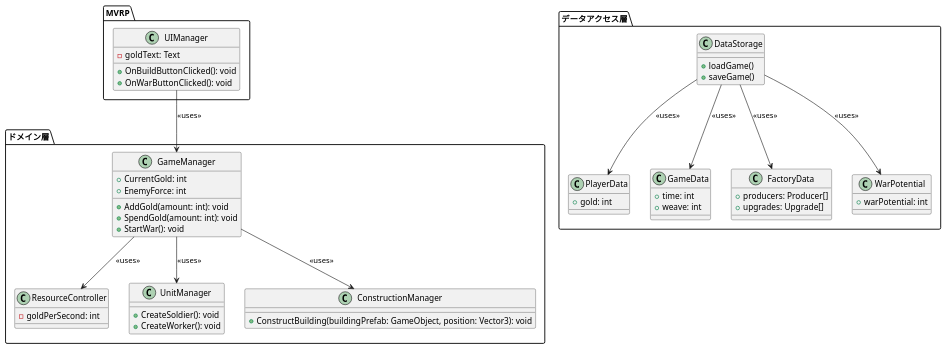
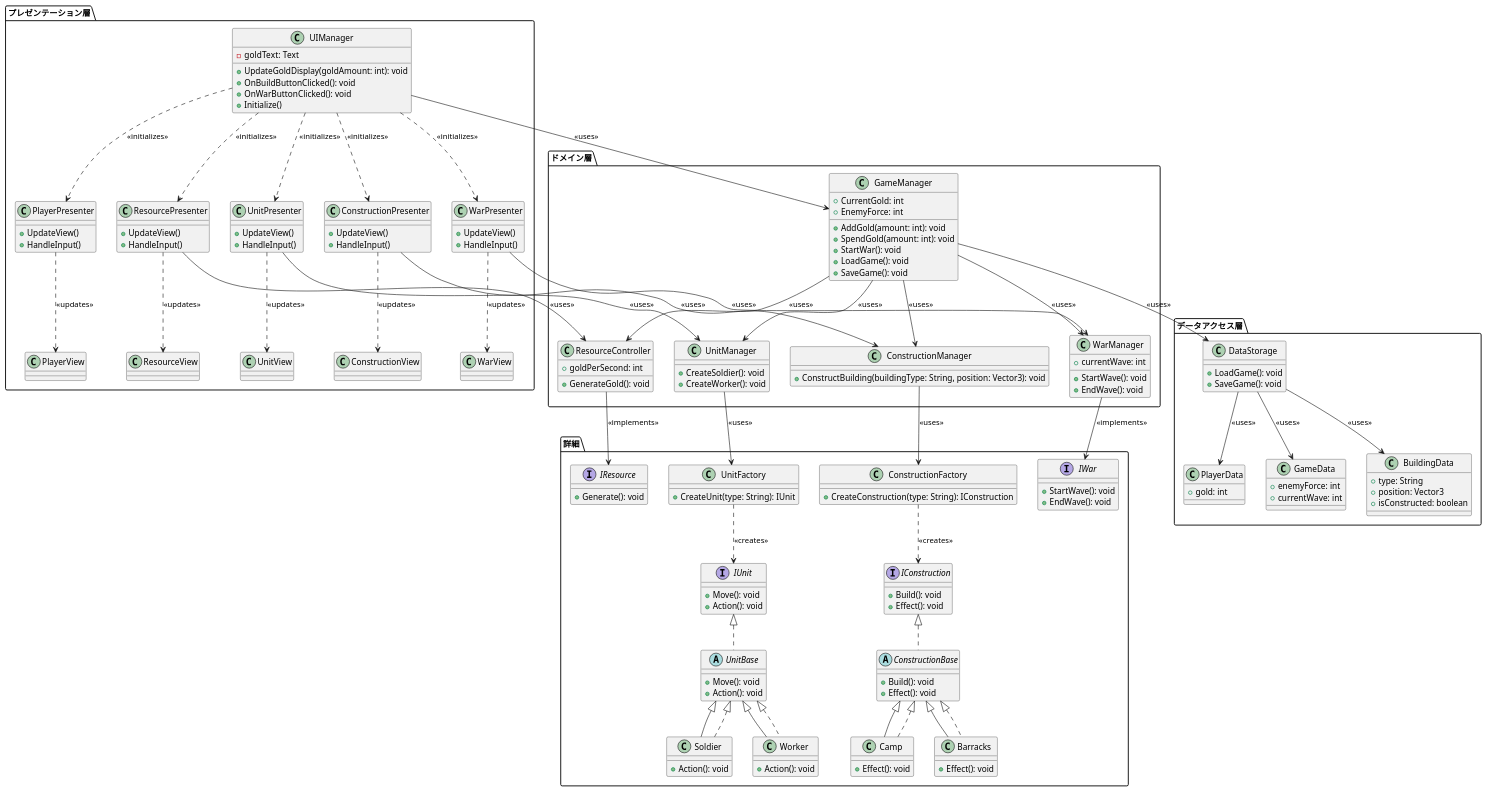
The diagram in Assets/CookieClickerProject/Design/ClassTree/RTS SLG.puml (VGA-Team2024/TeamW), drawn with PlantUML before and after one commit.

Commit message:
[Update] 設計の見直し

```diff
--- a/Assets/CookieClickerProject/Design/ClassTree/RTS SLG.puml
+++ b/Assets/CookieClickerProject/Design/ClassTree/RTS SLG.puml
@@ -6,10 +6,13 @@
         +AddGold(amount: int): void
         +SpendGold(amount: int): void
         +StartWar(): void
+        +LoadGame(): void
+        +SaveGame(): void
     }
     
     class ResourceController {
-        -goldPerSecond: int
+        +goldPerSecond: int
+        +GenerateGold(): void
     }
     
     class UnitManager {
@@ -18,49 +21,181 @@
     }
     
     class ConstructionManager {
-        +ConstructBuilding(buildingPrefab: GameObject, position: Vector3): void
+        +ConstructBuilding(buildingType: String, position: Vector3): void
+    }
+    
+    class WarManager {
+        +currentWave: int
+        +StartWave(): void
+        +EndWave(): void
     }
 }
-package "MVRP" {
+
+
+
+package "プレゼンテーション層" {
     class UIManager {
         -goldText: Text
+        +UpdateGoldDisplay(goldAmount: int): void
         +OnBuildButtonClicked(): void
         +OnWarButtonClicked(): void
     }
+    class UIManager {
+        +Initialize()
+    }
+    class PlayerView {
+    }
+    class PlayerPresenter {
+        +UpdateView()
+        +HandleInput()
+    }
+    class ResourceView {
+    }
+    class ResourcePresenter {
+        +UpdateView()
+        +HandleInput()
+    }
+    class UnitView {
+    }
+    class UnitPresenter {
+        +UpdateView()
+        +HandleInput()
+    }
+    class ConstructionView {
+    }
+    class ConstructionPresenter {
+        +UpdateView()
+        +HandleInput()
+    }
+    class WarView {
+    }
+    class WarPresenter {
+        +UpdateView()
+        +HandleInput()
+    }
 }
+
+
 package "データアクセス層" {
     class DataStorage {
-        +loadGame()
-        +saveGame() 
+        +LoadGame(): void
+        +SaveGame(): void 
     }
     class PlayerData {
         +gold: int
     }
     class GameData {
-        +time: int
-        +weave: int
+        +enemyForce: int
+        +currentWave: int
     }
-   
-    class FactoryData {
-        +producers: Producer[]
-        +upgrades: Upgrade[]
-    }
-    class WarPotential{
-        +warPotential: int
+    class BuildingData {
+        +type: String
+        +position: Vector3
+        +isConstructed: boolean
     }
 }
 
-UIManager --> GameManager : <<uses>>
+UIManager -down-> GameManager : <<uses>>
 
 GameManager --> ResourceController : <<uses>>
 GameManager --> UnitManager : <<uses>>
 GameManager --> ConstructionManager : <<uses>>
+GameManager --> WarManager : <<uses>>
+
+GameManager --> DataStorage : <<uses>>
+DataStorage --> PlayerData : <<uses>>
+DataStorage --> GameData : <<uses>>
+DataStorage --> BuildingData : <<uses>>
+
+UIManager .down.> PlayerPresenter : <<initializes>>
+UIManager .down.> ResourcePresenter : <<initializes>>
+UIManager .down.> UnitPresenter : <<initializes>>
+UIManager .down.> ConstructionPresenter : <<initializes>>
+UIManager .down.> WarPresenter : <<initializes>>
+
+PlayerPresenter .down.> PlayerView : <<updates>>
+ResourcePresenter .down.> ResourceView : <<updates>>
+UnitPresenter .down.> UnitView : <<updates>>
+ConstructionPresenter .down.> ConstructionView : <<updates>>
+WarPresenter .down.> WarView : <<updates>>
+
+ResourcePresenter -down-> ResourceController : <<uses>>
+UnitPresenter -down-> UnitManager : <<uses>>
+WarPresenter -down-> WarManager : <<uses>>
+ConstructionPresenter -down-> ConstructionManager : <<uses>>
+
+package "詳細"{
+    interface IResource {
+        +Generate(): void
+    }
+    
+    interface IUnit {
+        +Move(): void
+        +Action(): void
+    }
+    
+    interface IConstruction {
+        +Build(): void
+        +Effect(): void
+    }
+    
+    interface IWar {
+        +StartWave(): void
+        +EndWave(): void
+    }
+    
+    abstract class UnitBase {
+        +Move(): void
+        +Action(): void
+    }
+    
+    abstract class ConstructionBase {
+        +Build(): void
+        +Effect(): void
+    }
+    
+    class Soldier extends UnitBase {
+        +Action(): void
+    }
+    
+    class Worker extends UnitBase {
+        +Action(): void
+    }
+    
+    class Camp extends ConstructionBase {
+        +Effect(): void
+    }
+    
+    class Barracks extends ConstructionBase {
+        +Effect(): void
+    }
+    
+    class UnitFactory {
+        +CreateUnit(type: String): IUnit
+    }
+    
+    class ConstructionFactory {
+        +CreateConstruction(type: String): IConstruction
+    }
+}
+UnitBase <|.. Soldier
+UnitBase <|.. Worker
+ConstructionBase <|.. Camp
+ConstructionBase <|.. Barracks
+
+IUnit <|.. UnitBase
+IConstruction <|.. ConstructionBase
+
+UnitFactory ..> IUnit : <<creates>>
+ConstructionFactory ..> IConstruction : <<creates>>
+
+ConstructionManager --> ConstructionFactory : <<uses>>
+UnitManager --> UnitFactory : <<uses>>
+
+ResourceController --> IResource : <<implements>>
+WarManager --> IWar : <<implements>>
 
 
-
-DataStorage --> PlayerData : <<uses>>
-DataStorage --> GameData : <<uses>>
-DataStorage --> FactoryData : <<uses>>
-DataStorage --> WarPotential : <<uses>>
-
+' MVPパターンとレイヤーアーキテクチャの設計を組み合わせることはできない、
+' レイヤーアーキテクチャを軸に、MVPパターンを各レイヤーに適用することができる
 @enduml
```
